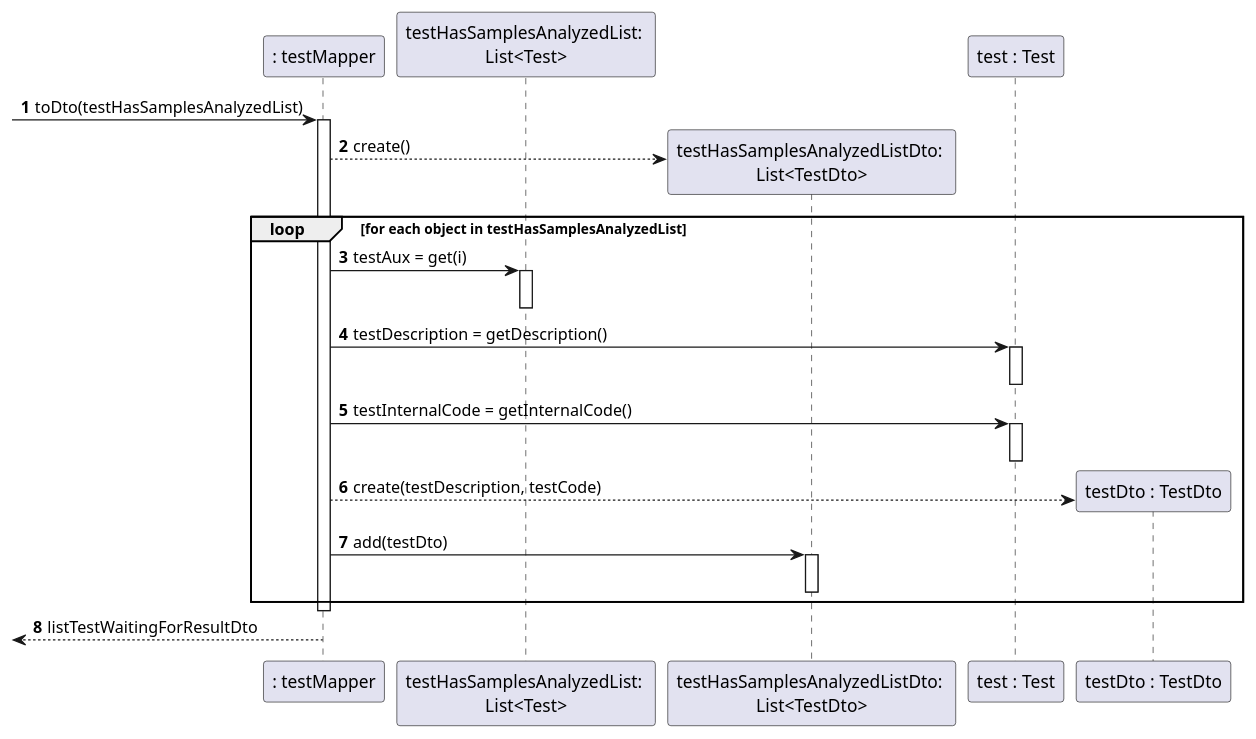
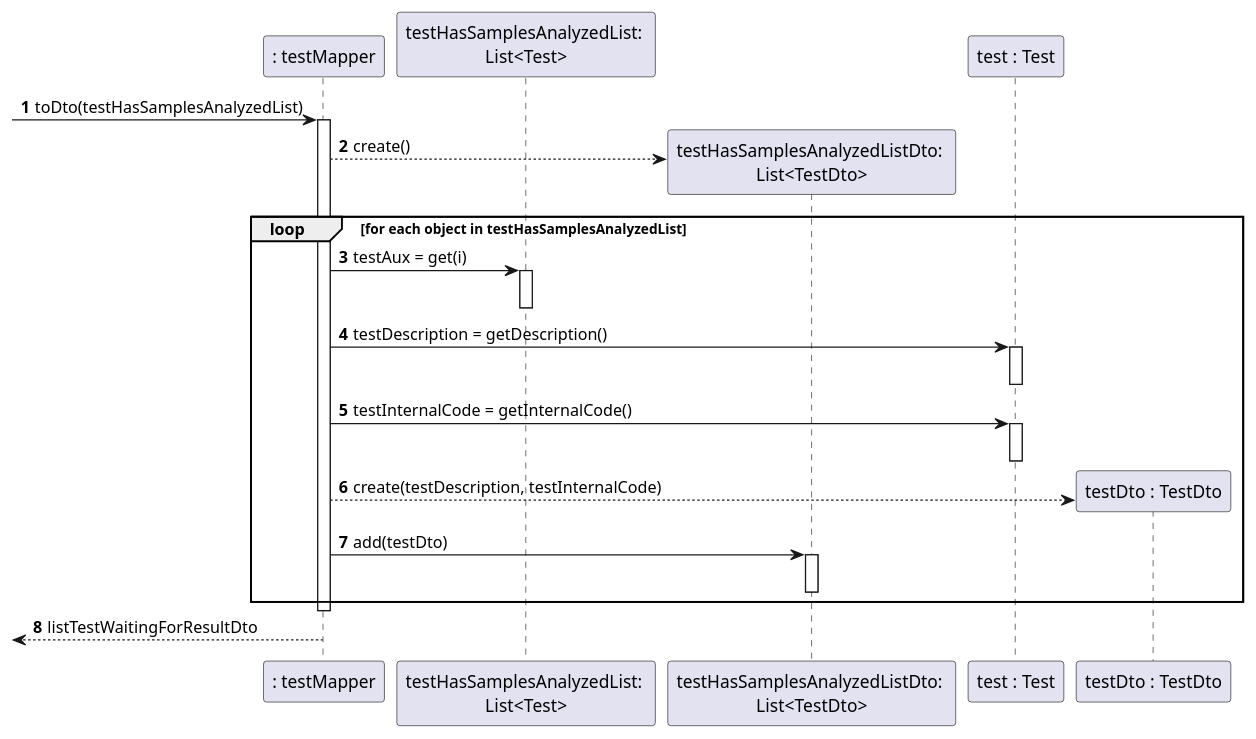
Before and after one commit to manu-07-ela/LAPR2_ISEP: the diagram in docs/SprintC/US14/SD_TestHasSamplesAnalyzedMapper_toDto_List.puml, drawn with PlantUML. The commit also changed 4 other files, not shown here.

```diff
--- a/docs/SprintC/US14/SD_TestHasSamplesAnalyzedMapper_toDto_List.puml
+++ b/docs/SprintC/US14/SD_TestHasSamplesAnalyzedMapper_toDto_List.puml
@@ -1,33 +1,33 @@
 @startuml
 'https://plantuml.com/sequence-diagram
 'hide footbox
 autonumber
 
 participant ": testMapper" as MAPPER
 participant "testHasSamplesAnalyzedList: \nList<Test>" as LTestSA
 participant "testHasSamplesAnalyzedListDto: \nList<TestDto>" as LTestSADTO
 participant "test : Test" as TEST
 participant "testDto : TestDto" as TESTDTO
 
 -> MAPPER : toDto(testHasSamplesAnalyzedList)
 activate MAPPER
 MAPPER --> LTestSADTO** : create()
 loop for each object in testHasSamplesAnalyzedList
 MAPPER -> LTestSA : testAux = get(i)
 activate LTestSA
 deactivate LTestSA
 MAPPER -> TEST : testDescription = getDescription()
 activate TEST
 deactivate TEST
 MAPPER -> TEST : testInternalCode = getInternalCode()
 activate TEST
 deactivate TEST
-MAPPER --> TESTDTO** : create(testDescription, testCode)
+MAPPER --> TESTDTO** : create(testDescription, testInternalCode)
 MAPPER -> LTestSADTO : add(testDto)
 activate LTestSADTO
 deactivate LTestSADTO
 end
 deactivate MAPPER
 <-- MAPPER : listTestWaitingForResultDto
 
 @enduml
```
